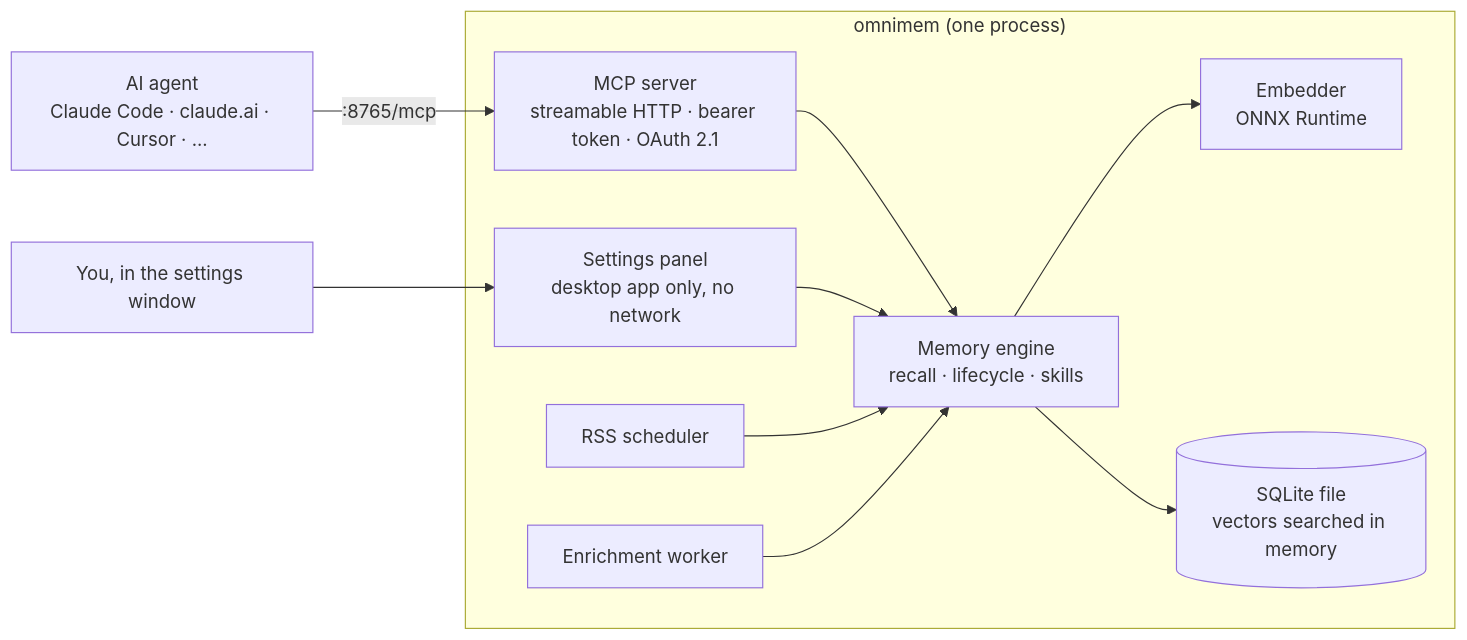
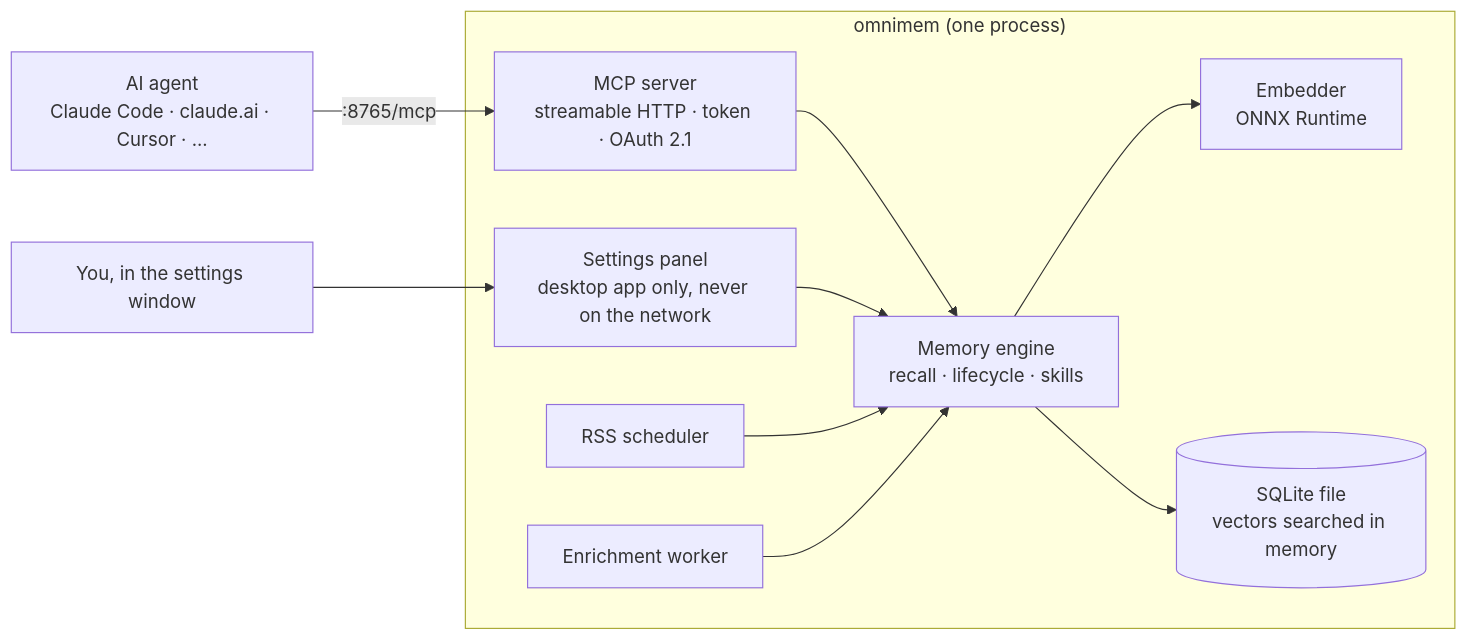
Before and after one commit to richarvey/OmniMem: the diagram in README.md, drawn with Mermaid. The commit also changed other lines of this file, not shown here.

````diff
--- a/README.md
+++ b/README.md
@@ -106,24 +118,24 @@
 ```mermaid
 flowchart LR
     agent["AI agent<br/>Claude Code · claude.ai · Cursor · ..."]
     user["You, in the settings window"]
 
     subgraph omnimem["omnimem (one process)"]
-        mcp["MCP server<br/>streamable HTTP · bearer token · OAuth 2.1"]
-        panel["Settings panel<br/>desktop app only, no network"]
+        mcp["MCP server<br/>streamable HTTP · token · OAuth 2.1"]
+        panel["Settings panel<br/>desktop app only, never on the network"]
         rss["RSS scheduler"]
         enrich["Enrichment worker"]
         engine["Memory engine<br/>recall · lifecycle · skills"]
         embed["Embedder<br/>ONNX Runtime"]
         store[("SQLite file<br/>vectors searched in memory")]
     end
 
     agent -- ":8765/mcp" --> mcp
     user --> panel
     mcp --> engine
     panel --> engine
     rss --> engine
     enrich --> engine
     engine --> embed
     engine --> store
 ```
````
